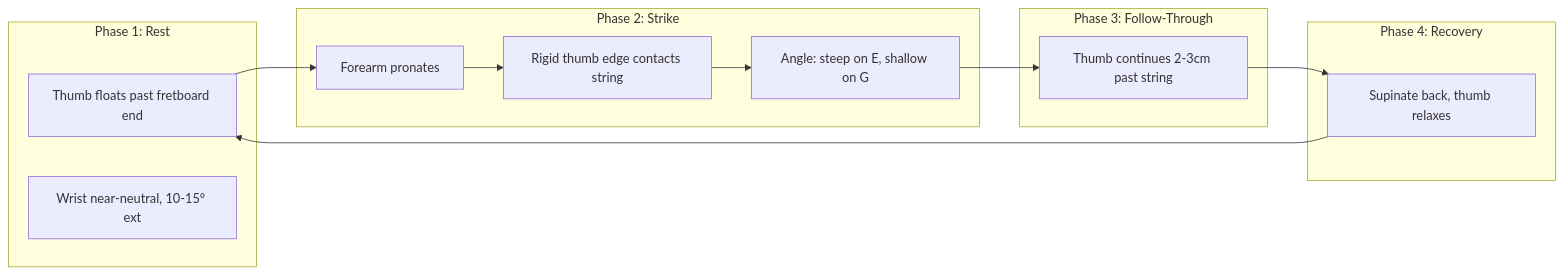
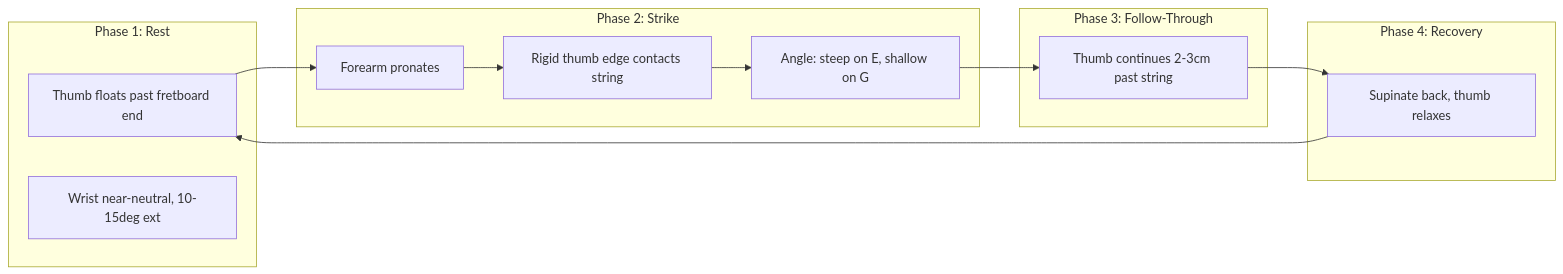
One commit to blebleblee/synapse changed the first of 4 diagrams in topics/arts/music_performance/bass_guitar/lesson_04_slap_pops_and_percussive_phrasing.md. Above: the diagram before and after it, drawn with Mermaid. The commit also changed other lines of this file and 1464 other files, not shown here.

Commit message:
feat(release): curriculum vector mermaid upgrade, render hardening, and master synpack

````diff
--- a/topics/arts/music_performance/bass_guitar/lesson_04_slap_pops_and_percussive_phrasing.md
+++ b/topics/arts/music_performance/bass_guitar/lesson_04_slap_pops_and_percussive_phrasing.md
@@ -32,19 +32,19 @@
 ```mermaid
 graph LR
     subgraph sub_prep ["Phase 1: Rest"]
         A["Thumb floats past fretboard end"]
-        B["Wrist near-neutral, 10-15° ext"]
+        B["Wrist near-neutral, 10-15deg ext"]
     end
     subgraph sub_attack ["Phase 2: Strike"]
         C["Forearm pronates"]
         D["Rigid thumb edge contacts string"]
         E["Angle: steep on E, shallow on G"]
     end
     subgraph sub_follow ["Phase 3: Follow-Through"]
         F["Thumb continues 2-3cm past string"]
     end
     subgraph sub_recover ["Phase 4: Recovery"]
         G["Supinate back, thumb relaxes"]
     end
     A --> C --> D --> E --> F --> G --> A
 ```
````
